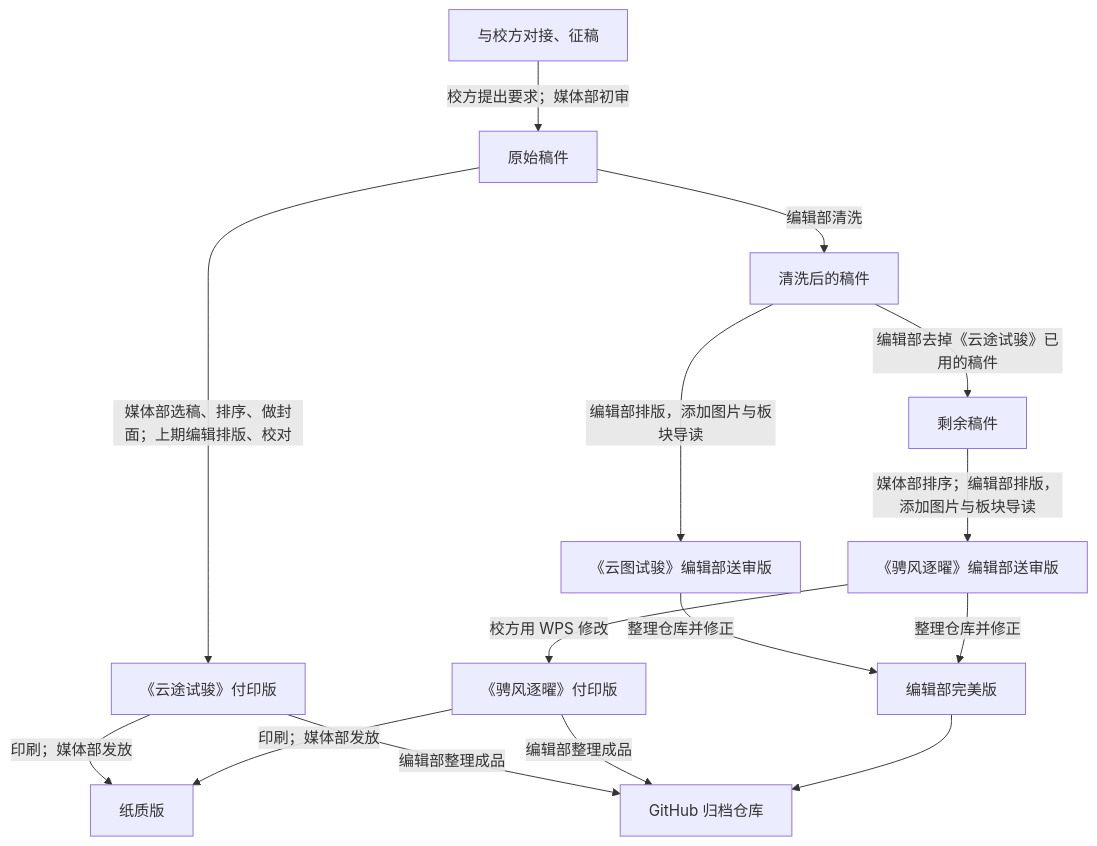
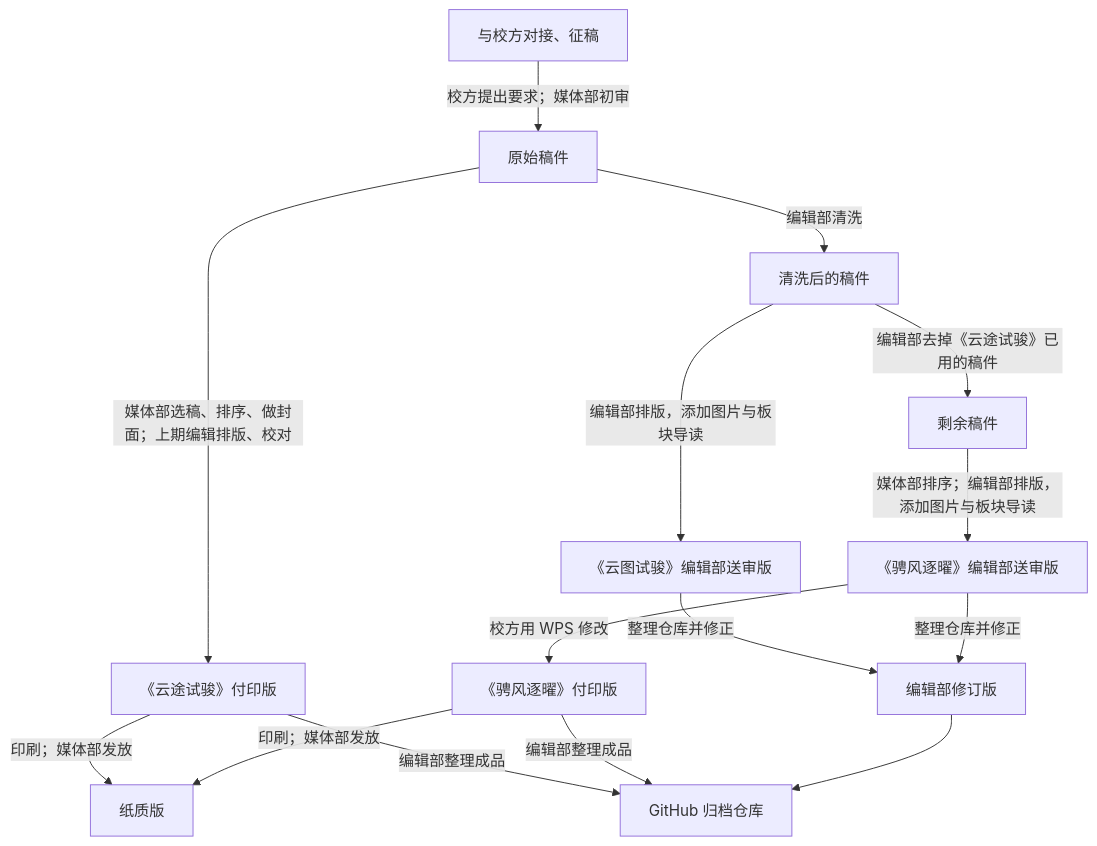
Before and after one commit to Yinzhou-High-School-Campus-Journal/Sports-Day-Issues-2026: the diagram in README.md, drawn with Mermaid. The commit also changed other lines of this file and 107 other files, not shown here.

````diff
--- a/README.md
+++ b/README.md
@@ -33,18 +33,18 @@
 ```mermaid
 flowchart TD
     S["与校方对接、征稿"] -->|"校方提出要求；媒体部初审"| A["原始稿件"]
 
     A -->|"媒体部选稿、排序、做封面；上期编辑排版、校对"| B["《云途试骏》付印版"]
     A -->|"编辑部清洗"| C["清洗后的稿件"]
 
     C -->|"编辑部排版，添加图片与板块导读"| D["《云图试骏》编辑部送审版"]
     C -->|"编辑部去掉《云途试骏》已用的稿件"| E["剩余稿件"]
 
     E -->|"媒体部排序；编辑部排版，添加图片与板块导读"| F["《骋风逐曜》编辑部送审版"]
     F -->|"校方用 WPS 修改"| G["《骋风逐曜》付印版"]
 
     B & G -->|"印刷；媒体部发放"| H["纸质版"]
-    D & F -->|"整理仓库并修正"| J["编辑部完美版"]
+    D & F -->|"整理仓库并修正"| J["编辑部修订版"]
     B & G -->|"编辑部整理成品"| I["GitHub 归档仓库"]
     J --> I
 ```
````
